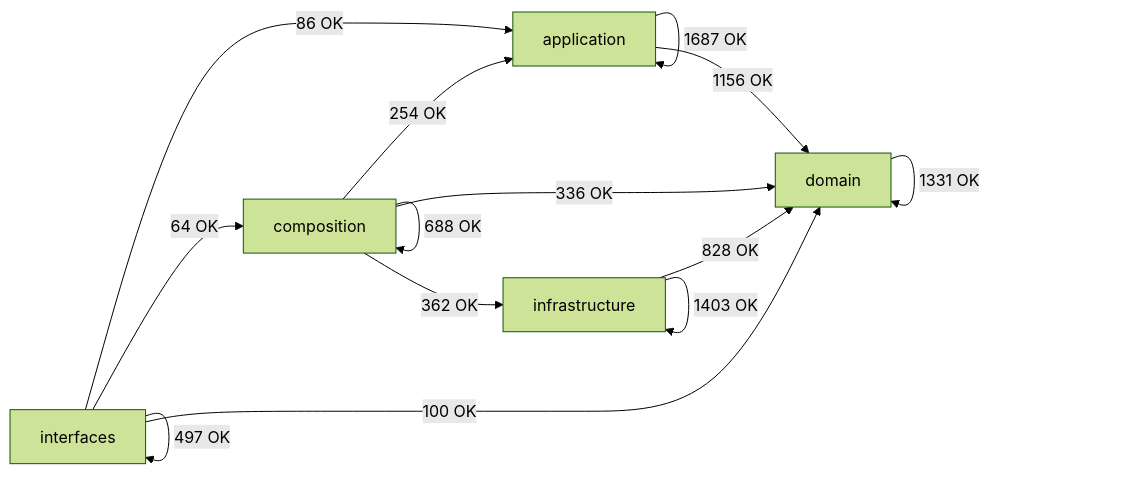
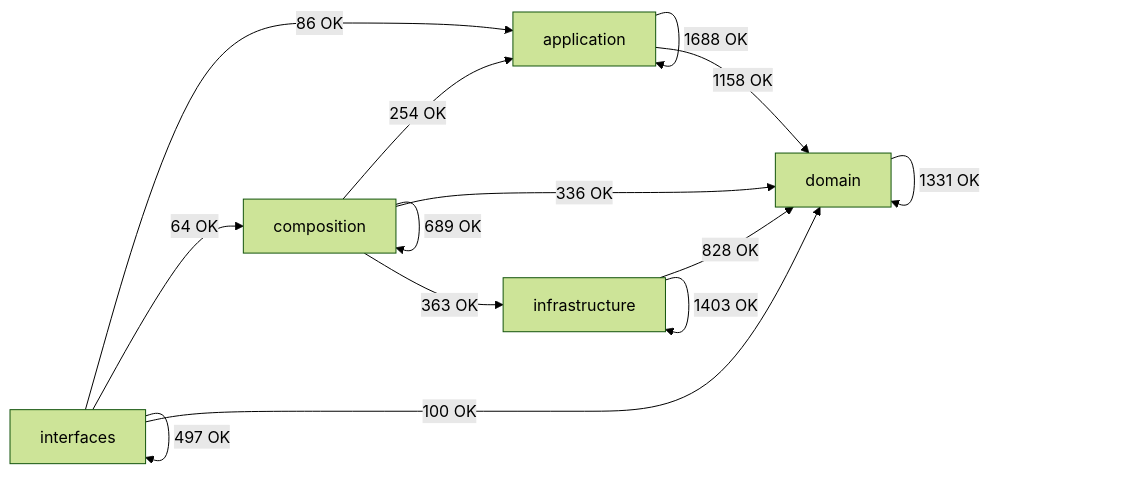
The diagram in docs/02-architecture/generated/module-dependency-map.md (SatoryKono/BioactivityDataAcquisition), drawn with Mermaid (forest theme) before and after one commit. The commit also changed other lines of this file and 21 other files, not shown here.

````diff
--- a/docs/02-architecture/generated/module-dependency-map.md
+++ b/docs/02-architecture/generated/module-dependency-map.md
@@ -17,21 +17,21 @@
 ```mermaid
 flowchart LR
     domain[domain]
     application[application]
     infrastructure[infrastructure]
     composition[composition]
     interfaces[interfaces]
-    application -->|1687 OK| application
-    application -->|1156 OK| domain
+    application -->|1688 OK| application
+    application -->|1158 OK| domain
     composition -->|254 OK| application
-    composition -->|688 OK| composition
+    composition -->|689 OK| composition
     composition -->|336 OK| domain
-    composition -->|362 OK| infrastructure
+    composition -->|363 OK| infrastructure
     domain -->|1331 OK| domain
     infrastructure -->|828 OK| domain
     infrastructure -->|1403 OK| infrastructure
     interfaces -->|86 OK| application
     interfaces -->|64 OK| composition
     interfaces -->|100 OK| domain
     interfaces -->|497 OK| interfaces
 ```
````
